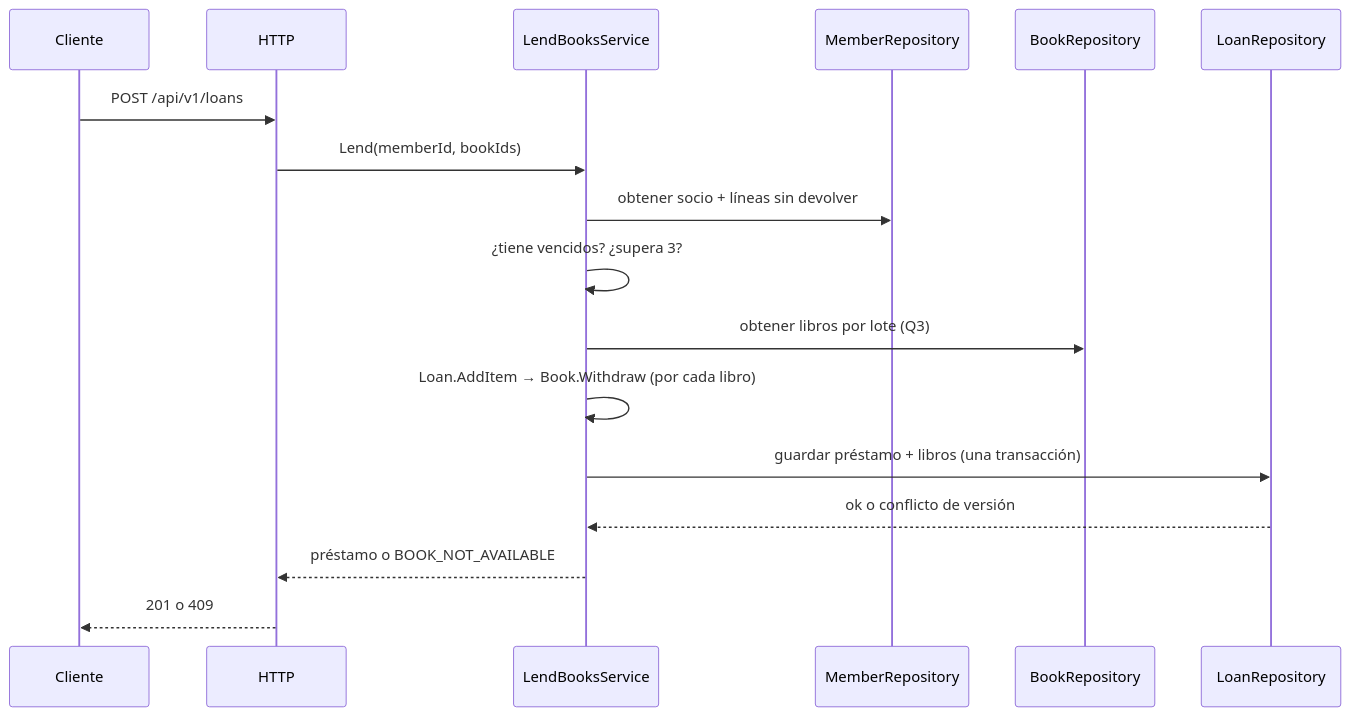
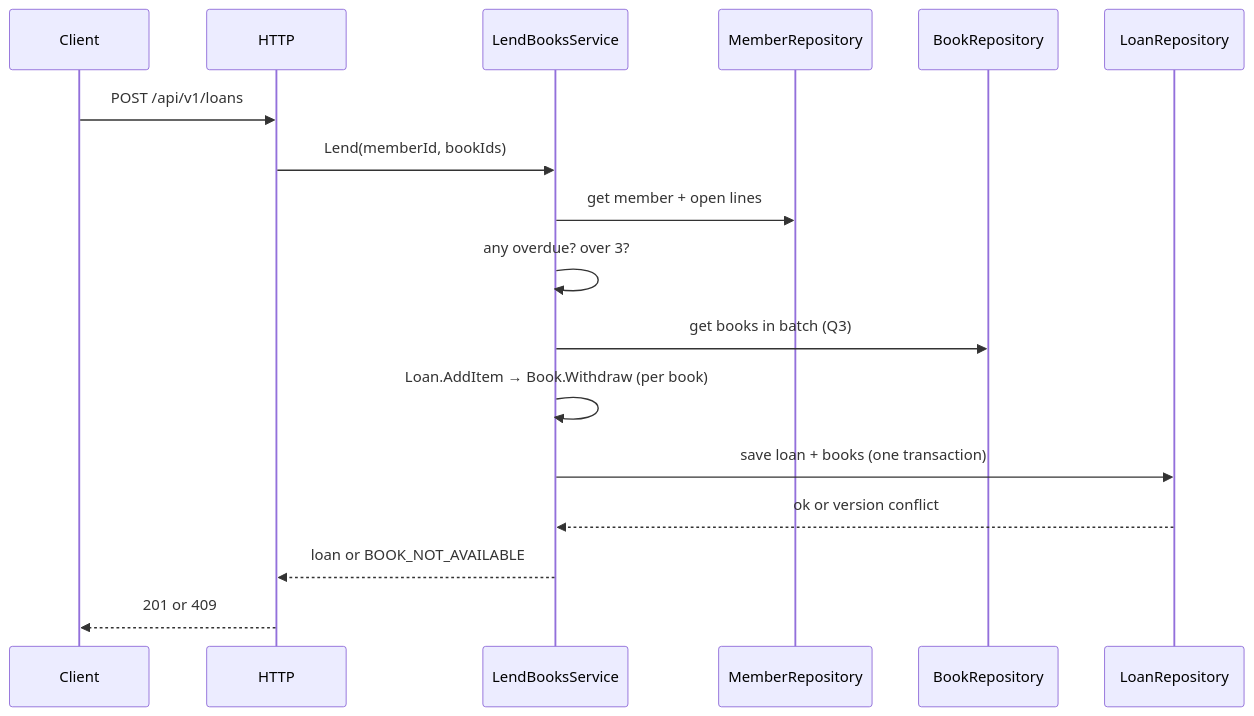
One commit to andresguti17/test-manager-library-3145556-docs changed the second of 2 diagrams in spec-php/architecture.md. Above: the diagram before and after it, drawn with Mermaid. The commit also changed other lines of this file and 12 other files, not shown here.

````diff
--- a/spec-php/architecture.md
+++ b/spec-php/architecture.md
@@ -59,19 +59,19 @@
 ```mermaid
 sequenceDiagram
-    participant C as Cliente
+    participant C as Client
     participant H as HTTP
     participant S as LendBooksService
     participant M as MemberRepository
     participant B as BookRepository
     participant L as LoanRepository
     C->>H: POST /api/v1/loans
     H->>S: Lend(memberId, bookIds)
-    S->>M: obtener socio + líneas sin devolver
-    S->>S: ¿tiene vencidos? ¿supera 3?
-    S->>B: obtener libros por lote (Q3)
-    S->>S: Loan.AddItem → Book.Withdraw (por cada libro)
-    S->>L: guardar préstamo + libros (una transacción)
-    L-->>S: ok o conflicto de versión
-    S-->>H: préstamo o BOOK_NOT_AVAILABLE
-    H-->>C: 201 o 409
+    S->>M: get member + open lines
+    S->>S: any overdue? over 3?
+    S->>B: get books in batch (Q3)
+    S->>S: Loan.AddItem → Book.Withdraw (per book)
+    S->>L: save loan + books (one transaction)
+    L-->>S: ok or version conflict
+    S-->>H: loan or BOOK_NOT_AVAILABLE
+    H-->>C: 201 or 409
 ```
````
